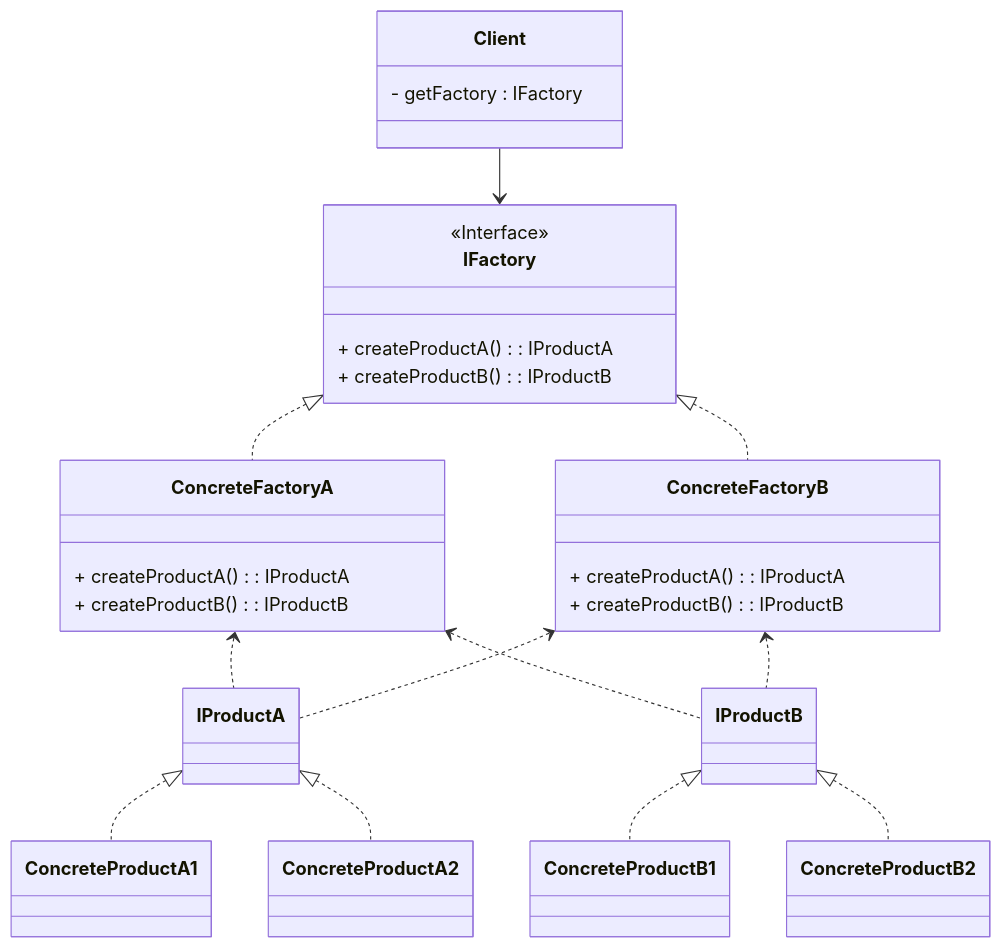
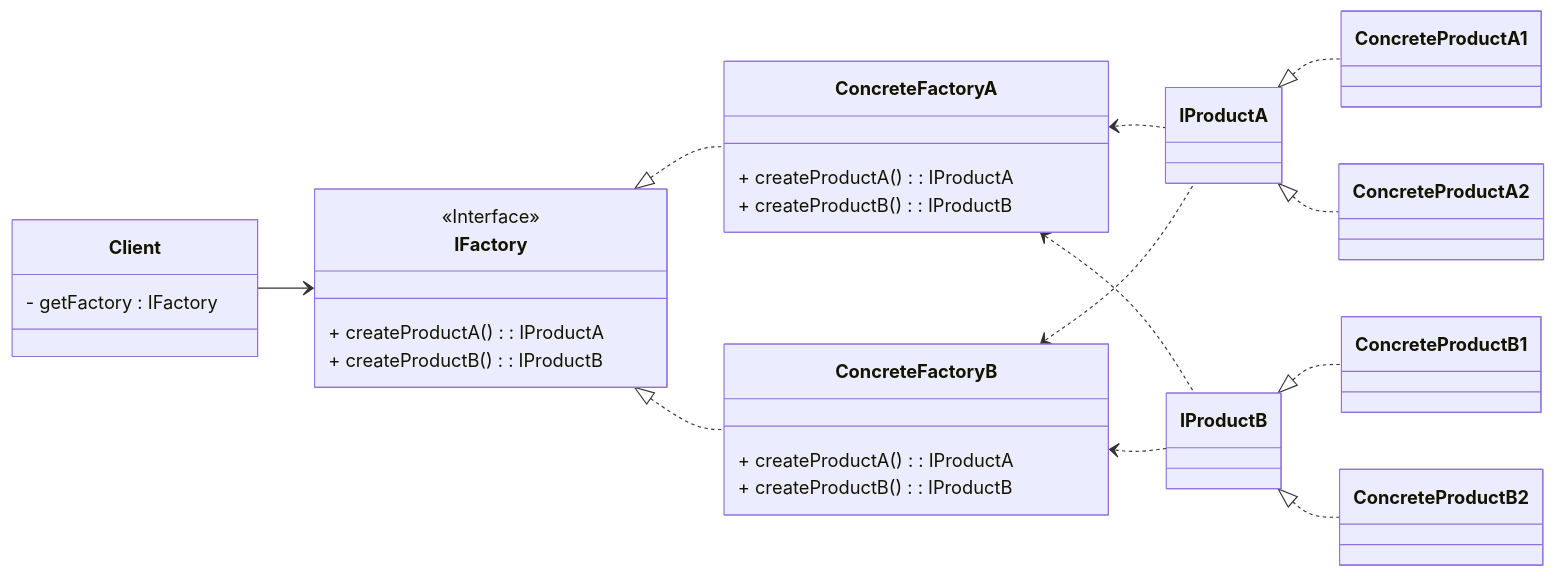
The first of 2 diagrams in creational-patterns/abstract-factory/README.md (drajatisme/learn-go-design-pattern), drawn with Mermaid before and after one commit. The commit also changed other lines of this file, not shown here.

````diff
--- a/creational-patterns/abstract-factory/README.md
+++ b/creational-patterns/abstract-factory/README.md
@@ -5,62 +5,63 @@
 ```mermaid
 classDiagram
+    direction LR
     class Client{
         - getFactory : IFactory
     }
 
     class IFactory{
         <<Interface>>
         + createProductA() : IProductA
         + createProductB() : IProductB
     }
 
     class ConcreteFactoryA {
         + createProductA() : IProductA
         + createProductB() : IProductB
     }
 
     class ConcreteFactoryB {
         + createProductA() : IProductA
         + createProductB() : IProductB
     }
 
     class IProductA{
         
     }
     
     class IProductB{
         
     }
 
     class ConcreteProductA1{
 
     }
 
     class ConcreteProductB1{
         
     }
     
     class ConcreteProductA2{
 
     }
 
     class ConcreteProductB2{
         
     }
 
     Client --> IFactory
     IFactory <|.. ConcreteFactoryA
     IFactory <|.. ConcreteFactoryB
 
     ConcreteFactoryA <.. IProductA
     ConcreteFactoryA <.. IProductB
 
     ConcreteFactoryB <.. IProductA
     ConcreteFactoryB <.. IProductB
 
     IProductA <|.. ConcreteProductA1 
     IProductA <|.. ConcreteProductA2 
     IProductB <|.. ConcreteProductB1 
     IProductB <|.. ConcreteProductB2 
 
 ```
````
